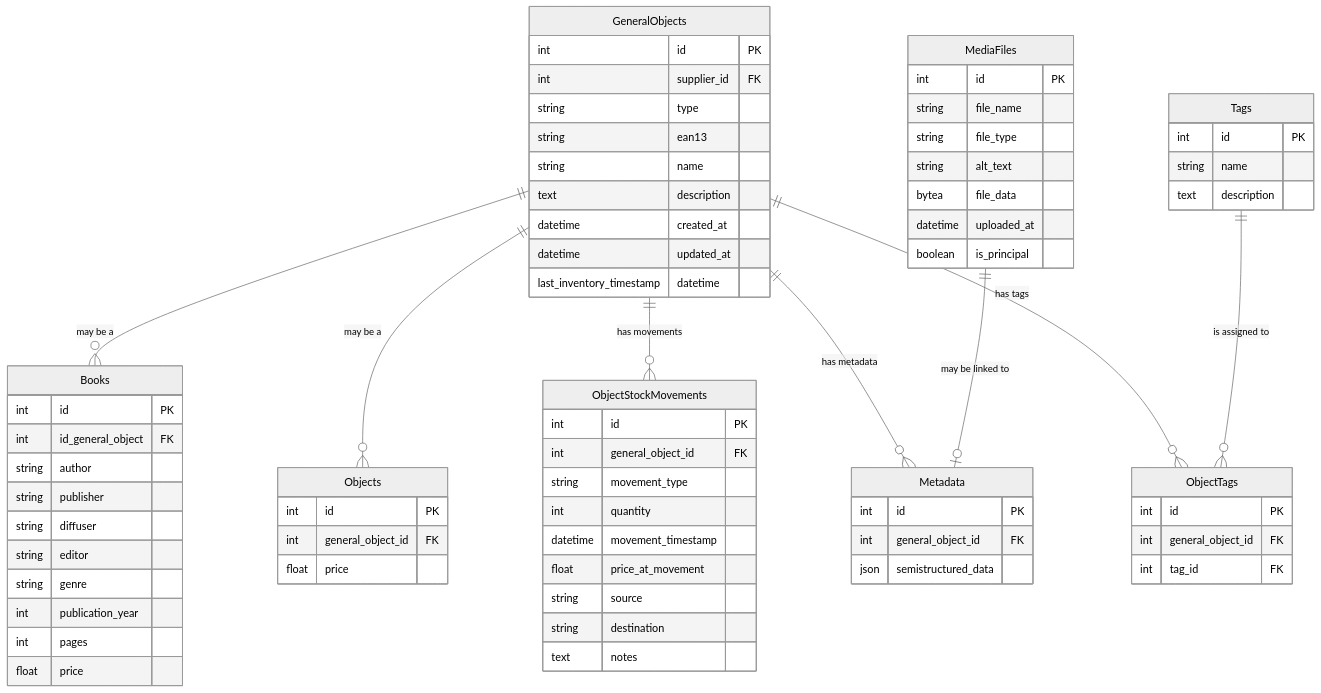
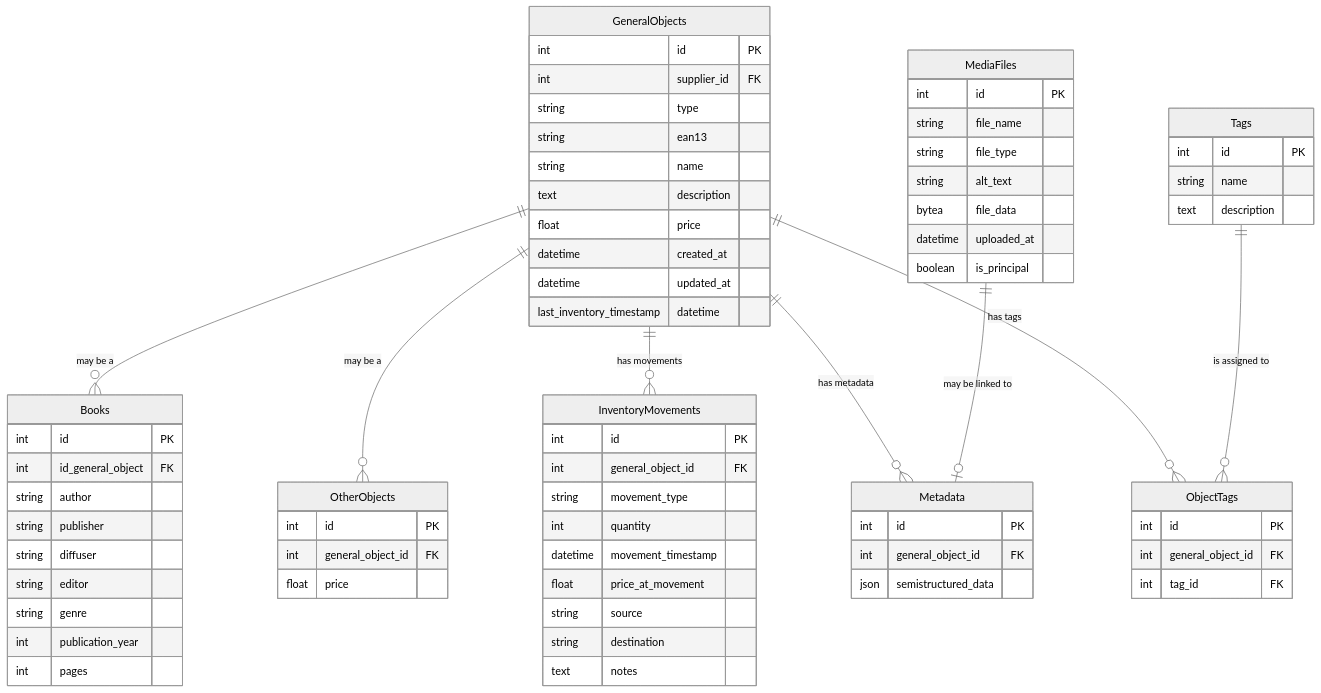
One commit to remiv1/sauvetage changed the diagram in documentations/databases/books_collection.md. Above: the diagram before and after it, drawn with Mermaid (neutral theme). The commit also changed 6 other files, not shown here.

````diff
--- a/documentations/databases/books_collection.md
+++ b/documentations/databases/books_collection.md
@@ -3,74 +3,74 @@
 ```mermaid
 erDiagram
     GeneralObjects {
         int id PK
         int supplier_id FK
         string type
         string ean13
         string name
         text description
+        float price
         datetime created_at
         datetime updated_at
         last_inventory_timestamp datetime
     }
     Books {
         int id PK
         int id_general_object FK
         string author
         string publisher
         string diffuser
         string editor
         string genre
         int publication_year
         int pages
-        float price
     }
-    Objects {
+    OtherObjects {
         int id PK
         int general_object_id FK
         float price
     }
-    ObjectStockMovements {
+    InventoryMovements {
         int id PK
         int general_object_id FK
         string movement_type
         int quantity
         datetime movement_timestamp
         float price_at_movement
         string source
         string destination
         text notes
     }
     Tags {
         int id PK
         string name
         text description
     }
     ObjectTags {
         int id PK
         int general_object_id FK
         int tag_id FK
     }
     Metadata {
         int id PK
         int general_object_id FK
         json semistructured_data
     }
     MediaFiles {
         int id PK
         string file_name
         string file_type
         string alt_text
         bytea file_data
         datetime uploaded_at
         boolean is_principal
     }
     %% Relations
     GeneralObjects ||--o{ Books : "may be a"
-    GeneralObjects ||--o{ Objects : "may be a"
-    GeneralObjects ||--o{ ObjectStockMovements : "has movements"
+    GeneralObjects ||--o{ OtherObjects : "may be a"
+    GeneralObjects ||--o{ InventoryMovements : "has movements"
     GeneralObjects ||--o{ Metadata : "has metadata"
     MediaFiles ||--o| Metadata : "may be linked to"
     GeneralObjects ||--o{ ObjectTags : "has tags"
     Tags ||--o{ ObjectTags : "is assigned to"
 ```
````
